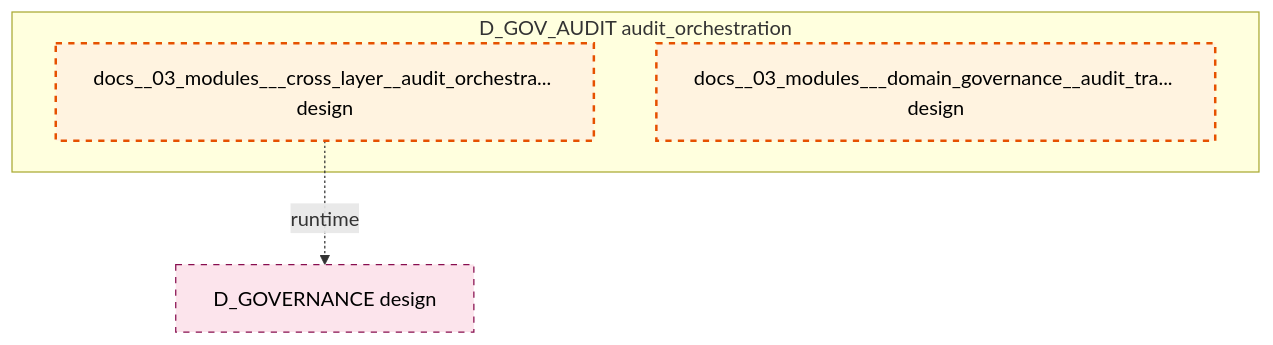
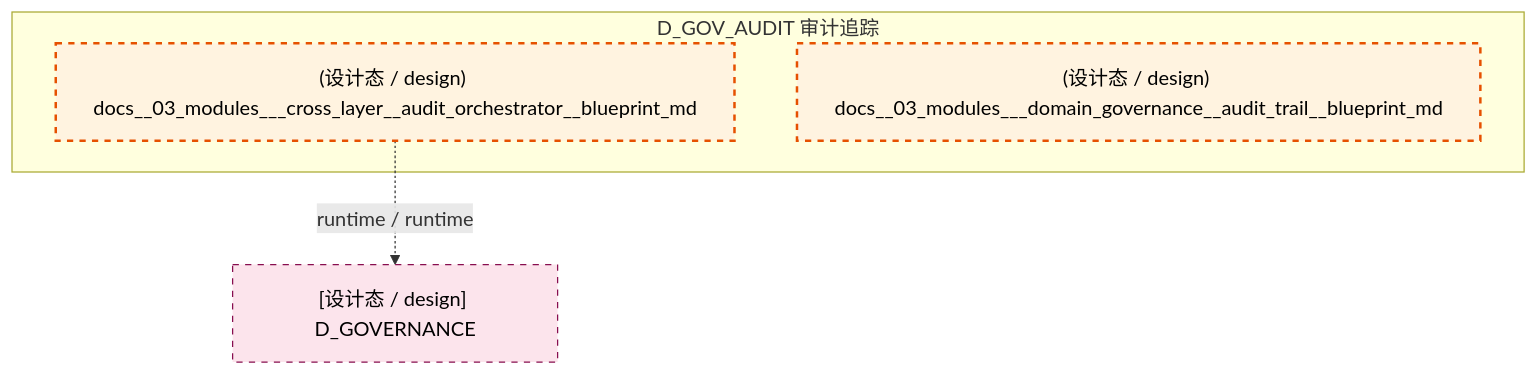
One commit to xuanFelixVan/ZephyrAlpha changed the diagram in docs/02_enterprise_architecture/02_domain_architecture_docs/32_d_gov_audit.md. Above: the diagram before and after it, drawn with Mermaid. The commit also changed other lines of this file and 100 other files, not shown here.

````diff
--- a/docs/02_enterprise_architecture/02_domain_architecture_docs/32_d_gov_audit.md
+++ b/docs/02_enterprise_architecture/02_domain_architecture_docs/32_d_gov_audit.md
@@ -47,15 +49,15 @@
 ```mermaid
 graph TD
-    subgraph D_GOV_AUDIT["D_GOV_AUDIT audit_orchestration"]
-        docs_03_modules_cross_layer_audit_orchestrator_blueprint_md["docs__03_modules___cross_layer__audit_orchestra... design"]
-        docs_03_modules_domain_governance_audit_trail_blueprint_md["docs__03_modules___domain_governance__audit_tra... design"]
+    subgraph D_GOV_AUDIT["D_GOV_AUDIT 审计追踪"]
+        docs_03_modules_cross_layer_audit_orchestrator_blueprint_md["(设计态 / design) docs__03_modules___cross_layer__audit_orchestrator__blueprint_md"]
+        docs_03_modules_domain_governance_audit_trail_blueprint_md["(设计态 / design) docs__03_modules___domain_governance__audit_trail__blueprint_md"]
     end
-    D_GOVERNANCE["D_GOVERNANCE design"]
-    docs_03_modules_cross_layer_audit_orchestrator_blueprint_md -.->|runtime| D_GOVERNANCE
+    D_GOVERNANCE["[设计态 / design] D_GOVERNANCE"]
+    docs_03_modules_cross_layer_audit_orchestrator_blueprint_md -.->|runtime / runtime| D_GOVERNANCE
     classDef production fill:#e1f5fe,stroke:#01579b,stroke-width:2px,color:#000
     classDef design fill:#fff3e0,stroke:#e65100,stroke-width:2px,color:#000,stroke-dasharray: 5 5
     classDef external_prod fill:#e8f5e9,stroke:#1b5e20,stroke-width:1px,color:#000
     classDef external_design fill:#fce4ec,stroke:#880e4f,stroke-width:1px,color:#000,stroke-dasharray: 5 5
     class docs_03_modules_cross_layer_audit_orchestrator_blueprint_md,docs_03_modules_domain_governance_audit_trail_blueprint_md design
     class D_GOVERNANCE external_design
 ```
````
